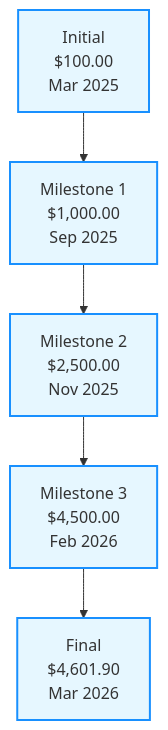
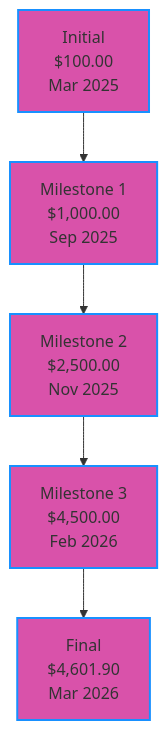
Before and after one commit to CryptoPlazaHQ/CryptoPlaza: the first of 6 diagrams in Financial/Financial_Tracker_init.md, drawn with Mermaid. The commit also changed other lines of this file, not shown here.

````diff
--- a/Financial/Financial_Tracker_init.md
+++ b/Financial/Financial_Tracker_init.md
@@ -48,15 +48,15 @@
 ```mermaid
 graph TD
-    style A fill:#e6f7ff,stroke:#1890ff,stroke-width:2px
-    style B fill:#e6f7ff,stroke:#1890ff,stroke-width:2px
-    style C fill:#e6f7ff,stroke:#1890ff,stroke-width:2px
-    style D fill:#e6f7ff,stroke:#1890ff,stroke-width:2px
-    style E fill:#e6f7ff,stroke:#1890ff,stroke-width:2px
-    
     A["Initial<br/>$100.00<br/>Mar 2025"] --> B["Milestone 1<br/>$1,000.00<br/>Sep 2025"]
     B --> C["Milestone 2<br/>$2,500.00<br/>Nov 2025"]
     C --> D["Milestone 3<br/>$4,500.00<br/>Feb 2026"]
     D --> E["Final<br/>$4,601.90<br/>Mar 2026"]
     
-    classDef default fill:#f9f9f9,stroke:#333,stroke-width:1px;
+    style A fill:#d952aa,stroke:#1890ff,stroke-width:2px
+    style B fill:#d952aa,stroke:#1890ff,stroke-width:2px
+    style C fill:#d952aa,stroke:#1890ff,stroke-width:2px
+    style D fill:#d952aa,stroke:#1890ff,stroke-width:2px
+    style E fill:#d952aa,stroke:#1890ff,stroke-width:2px
+    
+    classDef default fill:#f9f9f9,stroke:#333,stroke-width:1px
 ```
````
